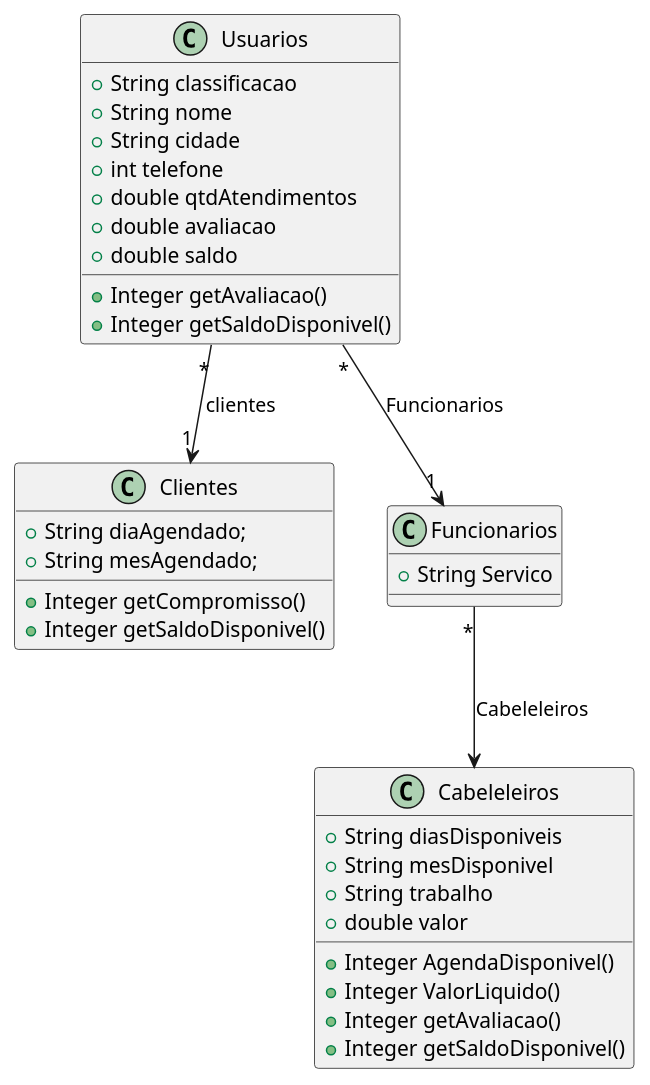
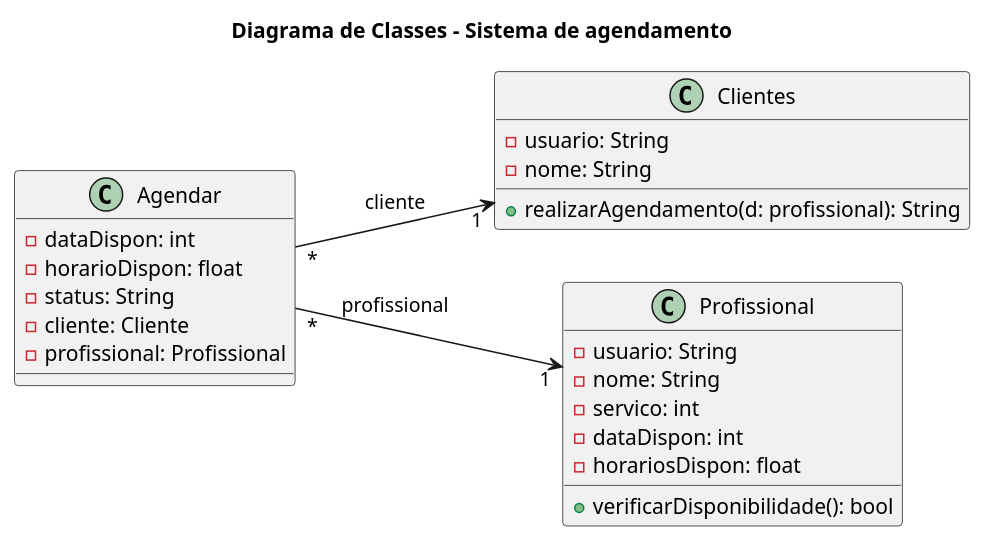
Before and after one commit to poo-ec-2025-1/grupo8: the diagram in grupo8-main/DiagramaDeClasse.plantuml, drawn with PlantUML.

```diff
--- a/grupo8-main/DiagramaDeClasse.plantuml
+++ b/grupo8-main/DiagramaDeClasse.plantuml
@@ -1,46 +1,32 @@
-@startuml Classe dos Usuários comuns
+@startuml
+title Diagrama de Classes – Sistema de agendamento 
+left to right direction
 
-    class Usuarios{
+' Classes principais
+class Clientes {
+    - usuario: String
+    - nome: String
+    + realizarAgendamento(d: profissional): String
+}
 
-        + String classificacao
-        + String nome
-        + String cidade
-        + int telefone
-        + double qtdAtendimentos
-        + double avaliacao
-        + double saldo
-        + Integer getAvaliacao()
-        + Integer getSaldoDisponivel()
-    }
+class Profissional{
+    - usuario: String
+    - nome: String
+    - servico: int
+    - dataDispon: int
+    - horariosDispon: float
+    + verificarDisponibilidade(): bool
+}
 
-    class Cabeleleiros{
+class Agendar{
+    - dataDispon: int
+    - horarioDispon: float
+    - status: String
+    - cliente: Cliente
+    - profissional: Profissional
+}
 
-        + String diasDisponiveis
-        + String mesDisponivel
-        + String trabalho
-        + double valor
-        + Integer AgendaDisponivel()
-        + Integer ValorLiquido()
-        + Integer getAvaliacao()
-        + Integer getSaldoDisponivel()
-    }
-
-    class Clientes{
-
-        + String diaAgendado;
-        + String mesAgendado;
-        + Integer getCompromisso()
-        + Integer getSaldoDisponivel()
-
-    }
-
-    class Funcionarios{
-
-        + String Servico
-    }
-
-    Usuarios "*" --> "1" Funcionarios : Funcionarios
-    Usuarios "*" --> "1" Clientes : clientes
-    Funcionarios "*" -->  Cabeleleiros : Cabeleleiros
-
+' Relações estruturais
+Agendar"*" --> "1" Clientes: cliente
+Agendar"*" --> "1" Profissional: profissional
 @enduml
```
